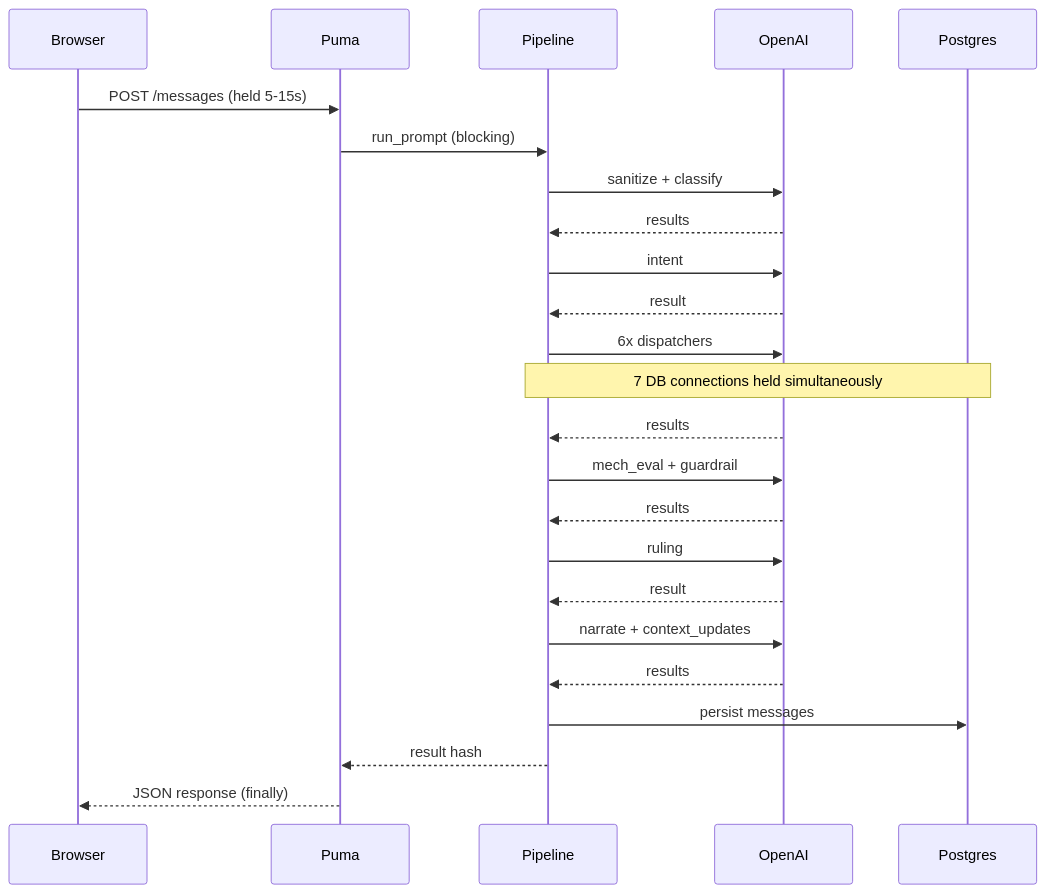
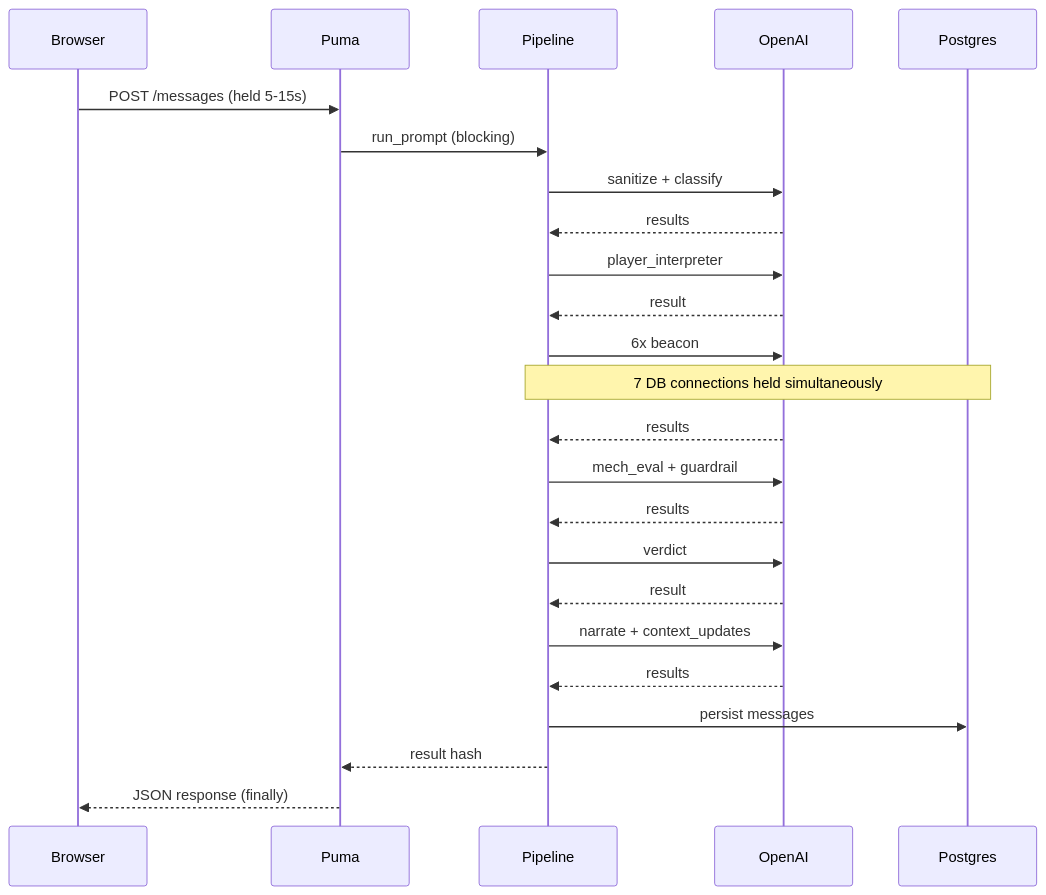
The first of 2 diagrams in docs/async_pipeline_design.md (Low-Light-Games/ruby-leather-armor), drawn with Mermaid before and after one commit. The commit also changed other lines of this file and 44 other files, not shown here.

````diff
--- a/docs/async_pipeline_design.md
+++ b/docs/async_pipeline_design.md
@@ -38,27 +38,27 @@
 ```mermaid
 sequenceDiagram
     participant Browser
     participant Puma
     participant Pipeline
     participant OpenAI
     participant Postgres
 
     Browser->>Puma: POST /messages (held 5-15s)
     Puma->>Pipeline: run_prompt (blocking)
     Pipeline->>OpenAI: sanitize + classify
     OpenAI-->>Pipeline: results
-    Pipeline->>OpenAI: intent
+    Pipeline->>OpenAI: player_interpreter
     OpenAI-->>Pipeline: result
-    Pipeline->>OpenAI: 6x dispatchers
+    Pipeline->>OpenAI: 6x beacon
     Note over Pipeline,Postgres: 7 DB connections held simultaneously
     OpenAI-->>Pipeline: results
     Pipeline->>OpenAI: mech_eval + guardrail
     OpenAI-->>Pipeline: results
-    Pipeline->>OpenAI: ruling
+    Pipeline->>OpenAI: verdict
     OpenAI-->>Pipeline: result
     Pipeline->>OpenAI: narrate + context_updates
     OpenAI-->>Pipeline: results
     Pipeline->>Postgres: persist messages
     Pipeline-->>Puma: result hash
     Puma-->>Browser: JSON response (finally)
 ```
````
